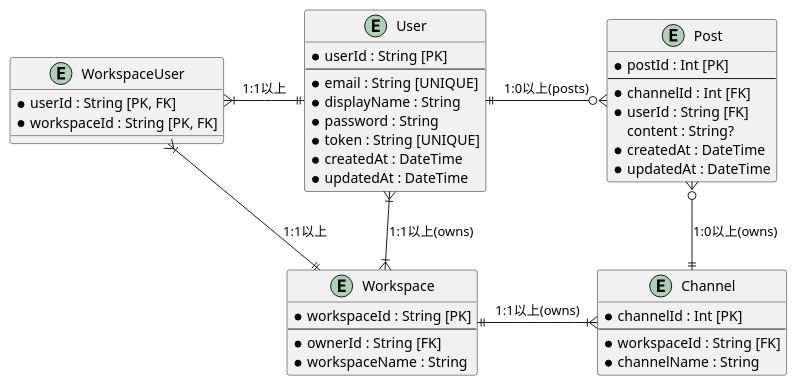
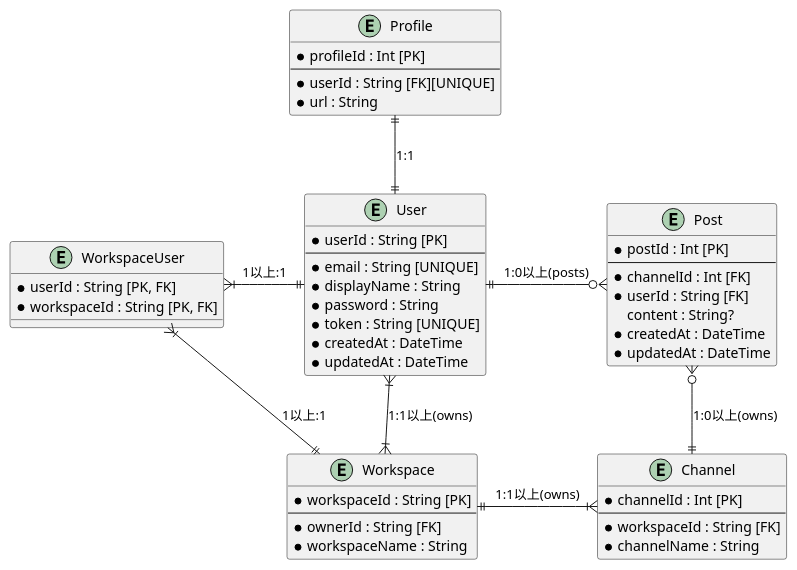
Before and after one commit to oswoa/copy-slack: the diagram in prisma/tables.pu, drawn with PlantUML. The commit also changed 3 other files, not shown here.

```diff
--- a/prisma/tables.pu
+++ b/prisma/tables.pu
@@ -1,68 +1,77 @@
 @startuml
 
 ' =====================
 ' Entity definitions
 ' =====================
 entity User {
   * userId : String [PK]
   --
   * email : String [UNIQUE]
   * displayName : String
   * password : String
   * token : String [UNIQUE]
   * createdAt : DateTime
   * updatedAt : DateTime
 }
 
 entity "WorkspaceUser" as WU {
   * userId : String [PK, FK]
   * workspaceId : String [PK, FK]
 }
 
 entity Workspace {
   * workspaceId : String [PK]
   --
   * ownerId : String [FK]
   * workspaceName : String
 }
 
 entity Channel {
   * channelId : Int [PK]
   --
   * workspaceId : String [FK]
   * channelName : String
 }
 
 entity Post {
   * postId : Int [PK]
   --
   * channelId : Int [FK]
   * userId : String [FK]
   content : String?
   * createdAt : DateTime
   * updatedAt : DateTime
 }
 
+entity Profile {
+    * profileId : Int [PK]
+    --
+    * userId : String [FK][UNIQUE]
+    * url : String
+}
 
 ' =====================
 ' Relationships (1:N, N:M, ownership)
 ' =====================
 ' User and WU (1:N)
-User ||-l-|{ WU : "1:1以上"
+User ||-l-|{ WU : "1以上:1"
 
 ' Workspace and WU (1:N)
-Workspace ||-l-|{ WU : "1:1以上"
+Workspace ||-l-|{ WU : "1以上:1"
 
 ' User and Workspace (1:N)
 User }|--|{ Workspace : "1:1以上(owns)"
 
 ' Workspace and Channel (1:N)
 Workspace ||-r-|{ Channel : "1:1以上(owns)"
 
 ' Channel and Post (1:N)
 Channel ||-u-o{ Post : "1:0以上(owns)"
 
 ' User and Post (1:N)
 User ||-r-o{ Post : "1:0以上(posts)"
 
+' Profile and User (1:1)
+Profile ||-d-|| User : "1:1"
+
 @enduml
```
